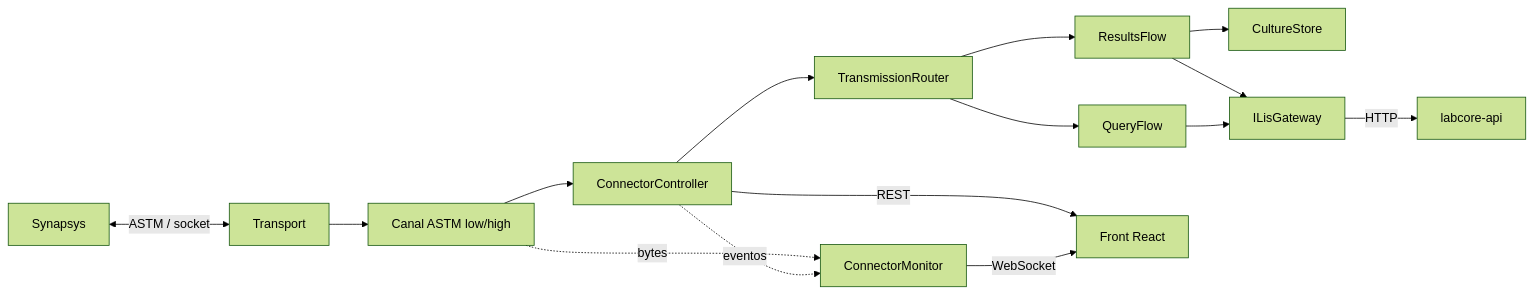
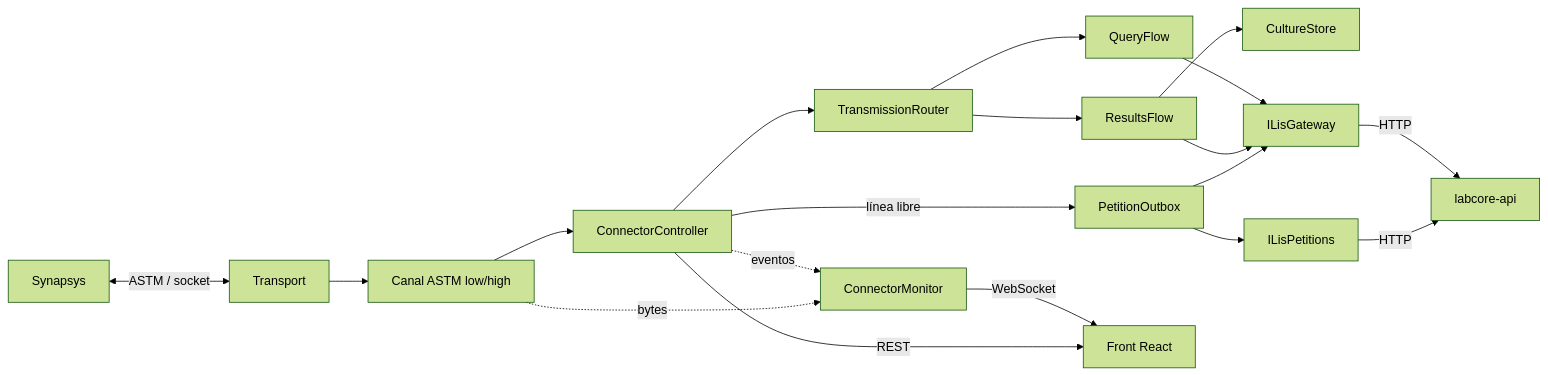
Before and after one commit to gjonsson-arenco/custom-conector-synapsys-astm: the first of 5 diagrams in docs/architecture.md, drawn with Mermaid (forest theme). The commit also changed other lines of this file and 22 other files, not shown here.

````diff
--- a/docs/architecture.md
+++ b/docs/architecture.md
@@ -9,17 +10,21 @@
 ```mermaid
 flowchart LR
     S[Synapsys] <-->|ASTM / socket| T[Transport]
     T --> C[Canal ASTM low/high]
     C --> W[ConnectorController]
     W --> R[TransmissionRouter]
     R --> Q[QueryFlow]
     R --> RF[ResultsFlow]
     RF --> CS[CultureStore]
     Q --> G[ILisGateway]
     RF --> G
+    W -->|línea libre| PO[PetitionOutbox]
+    PO --> G
+    PO --> P[ILisPetitions]
     G -->|HTTP| L[labcore-api]
+    P -->|HTTP| L
     W -.eventos.-> M[ConnectorMonitor]
     C -.bytes.-> M
     M -->|WebSocket| F[Front React]
     W -->|REST| F
 ```
````
